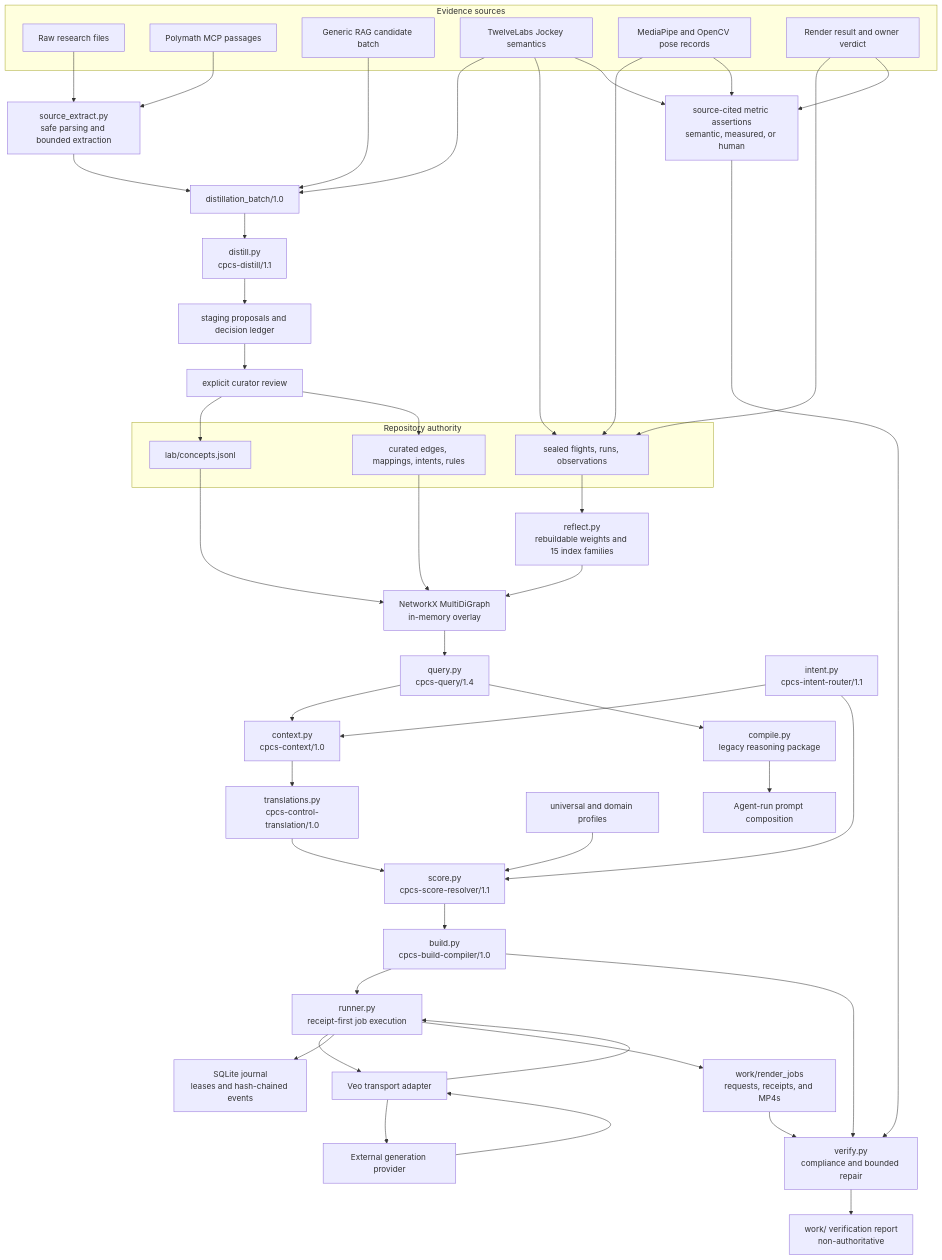
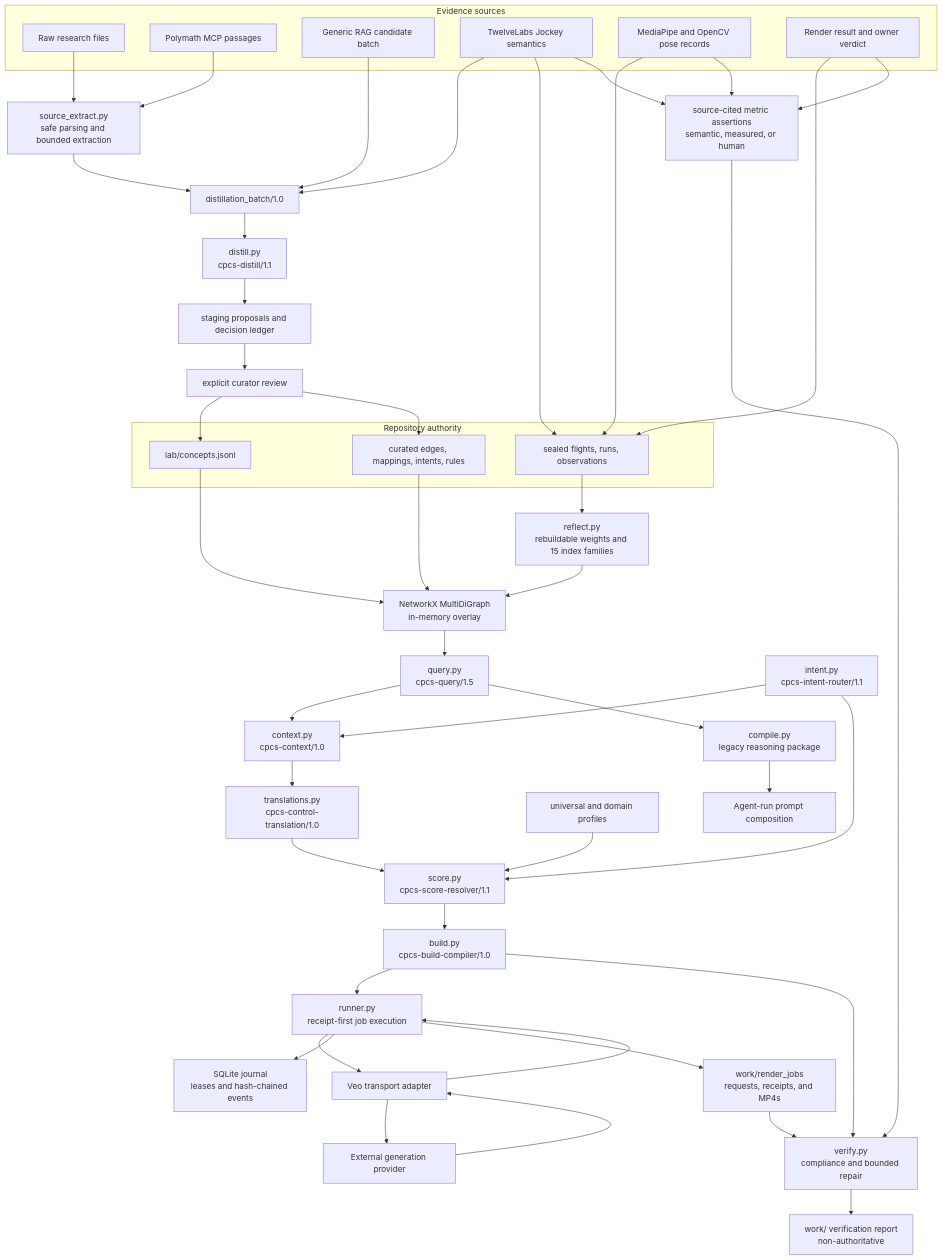
The second of 3 diagrams in ARCHITECTURE.md (Kingsley-Cyber/ai-video-movement-prompt-system), drawn with Mermaid before and after one commit. The commit also changed other lines of this file and 16 other files, not shown here.

````diff
--- a/ARCHITECTURE.md
+++ b/ARCHITECTURE.md
@@ -571,74 +571,74 @@
 ```mermaid
 flowchart TB
     subgraph Sources["Evidence sources"]
         Raw["Raw research files"]
         Poly["Polymath MCP passages"]
         Generic["Generic RAG candidate batch"]
         Jockey["TwelveLabs Jockey semantics"]
         Pose["MediaPipe and OpenCV pose records"]
         Verdict["Render result and owner verdict"]
     end
 
     SourceExtract["source_extract.py\nsafe parsing and bounded extraction"]
     Batch["distillation_batch/1.0"]
     Distill["distill.py\ncpcs-distill/1.1"]
     Staging["staging proposals and decision ledger"]
     Review["explicit curator review"]
 
     subgraph Authority["Repository authority"]
         Concepts["lab/concepts.jsonl"]
         Curated["curated edges, mappings, intents, rules"]
         Immutable["sealed flights, runs, observations"]
     end
 
     Reflect["reflect.py\nrebuildable weights and 15 index families"]
     Graph["NetworkX MultiDiGraph\nin-memory overlay"]
-    Query["query.py\ncpcs-query/1.4"]
+    Query["query.py\ncpcs-query/1.5"]
     Context["context.py\ncpcs-context/1.0"]
     Intent["intent.py\ncpcs-intent-router/1.1"]
     Translate["translations.py\ncpcs-control-translation/1.0"]
     Profiles["universal and domain profiles"]
     Score["score.py\ncpcs-score-resolver/1.1"]
     Compile["compile.py\nlegacy reasoning package"]
     Build["build.py\ncpcs-build-compiler/1.0"]
     Runner["runner.py\nreceipt-first job execution"]
     Journal["SQLite journal\nleases and hash-chained events"]
     Adapter["Veo transport adapter"]
     Artifacts["work/render_jobs\nrequests, receipts, and MP4s"]
     Evidence["source-cited metric assertions\nsemantic, measured, or human"]
     Verify["verify.py\ncompliance and bounded repair"]
     Diagnostics["work/ verification report\nnon-authoritative"]
     ManualPrompt["Agent-run prompt composition"]
     Provider["External generation provider"]
 
     Raw --> SourceExtract --> Batch
     Poly --> SourceExtract
     Generic --> Batch
     Jockey --> Batch
     Batch --> Distill --> Staging --> Review
     Review --> Concepts
     Review --> Curated
     Jockey --> Immutable
     Pose --> Immutable
     Verdict --> Immutable
     Immutable --> Reflect
     Reflect --> Graph
     Concepts --> Graph
     Curated --> Graph
     Graph --> Query --> Context
     Intent --> Context
     Intent --> Score
     Context --> Translate --> Score
     Profiles --> Score
     Score --> Build --> Runner --> Adapter --> Provider
     Provider --> Adapter --> Runner
     Runner --> Journal
     Runner --> Artifacts
     Jockey --> Evidence
     Pose --> Evidence
     Verdict --> Evidence
     Build --> Verify
     Artifacts --> Verify
     Evidence --> Verify --> Diagnostics
     Query --> Compile --> ManualPrompt
 ```
````
